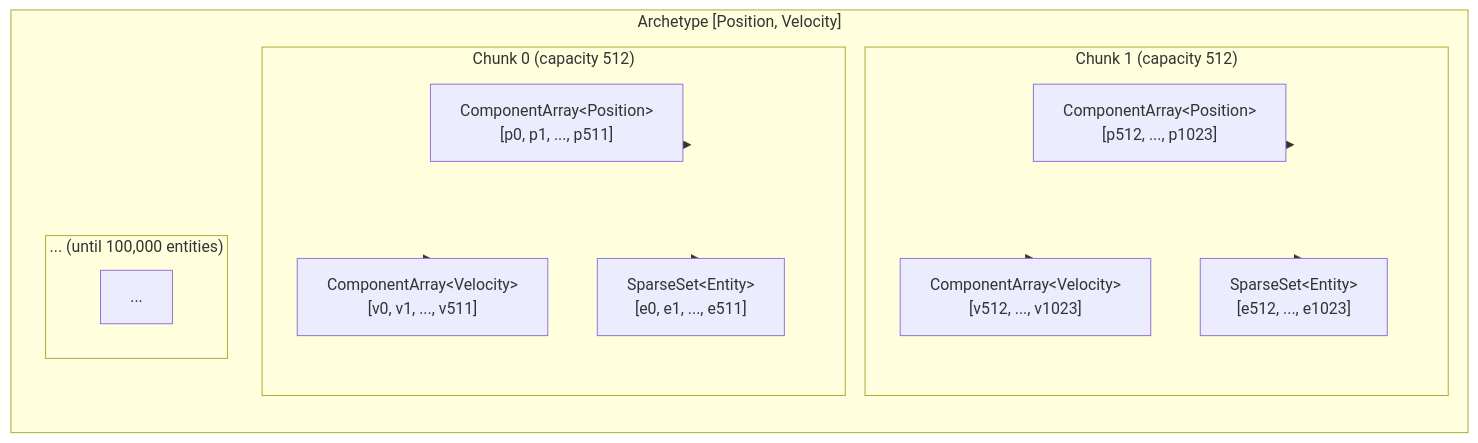
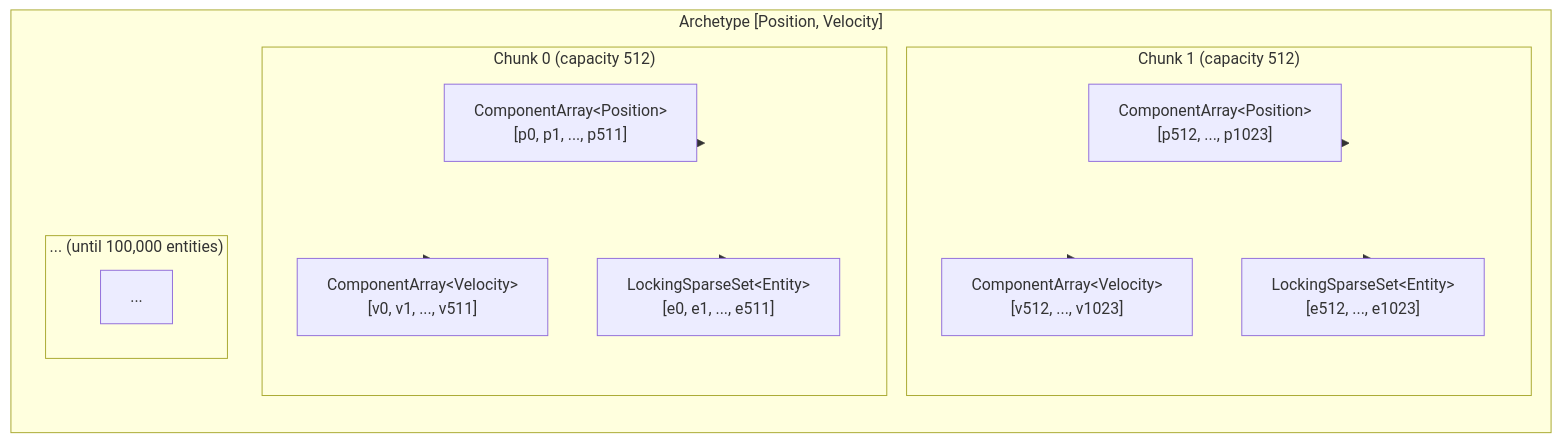
Before and after one commit to gilmar-sales/Freyr: the second of 2 diagrams in docs/api/archetype-builder.md, drawn with Mermaid. The commit also changed 14 other files, not shown here.

Commit message:
refactor(containers): separate locking and non-locking sparse set implementations

````diff
--- a/docs/api/archetype-builder.md
+++ b/docs/api/archetype-builder.md
@@ -168,25 +168,25 @@
 ```mermaid
 graph TB
     subgraph ArchetypeMem["Archetype [Position, Velocity]"]
         direction TB
         
         subgraph Chunk0["Chunk 0 (capacity 512)"]
             P0["ComponentArray&lt;Position&gt;<br/>[p0, p1, ..., p511]"]
             V0["ComponentArray&lt;Velocity&gt;<br/>[v0, v1, ..., v511]"]
-            E0["SparseSet&lt;Entity&gt;<br/>[e0, e1, ..., e511]"]
+            E0["LockingSparseSet&lt;Entity&gt;<br/>[e0, e1, ..., e511]"]
         end
 
         subgraph Chunk1["Chunk 1 (capacity 512)"]
             P1["ComponentArray&lt;Position&gt;<br/>[p512, ..., p1023]"]
             V1["ComponentArray&lt;Velocity&gt;<br/>[v512, ..., v1023]"]
-            E1["SparseSet&lt;Entity&gt;<br/>[e512, ..., e1023]"]
+            E1["LockingSparseSet&lt;Entity&gt;<br/>[e512, ..., e1023]"]
         end
 
         subgraph ChunkN["... (until 100,000 entities)"]
             PN["..."]
         end
     end
 
     Chunk0 --> P0 & V0 & E0
     Chunk1 --> P1 & V1 & E1
 ```
````
